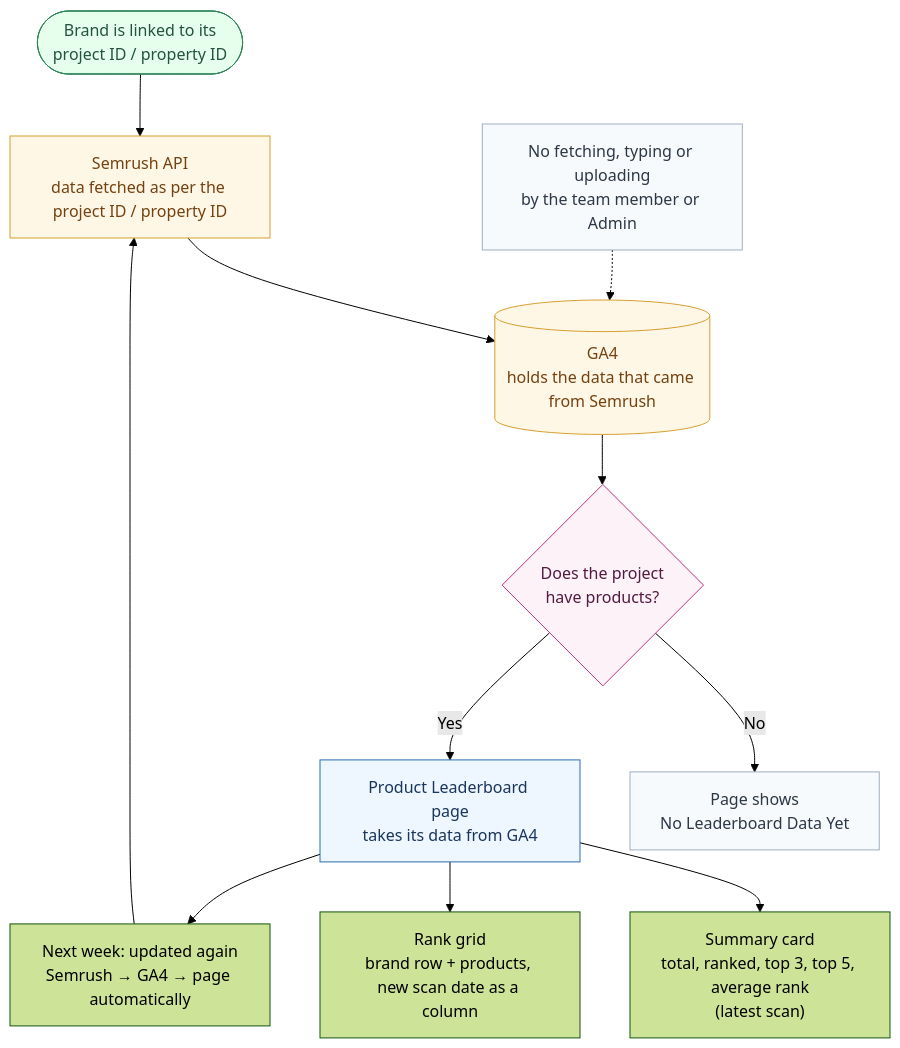
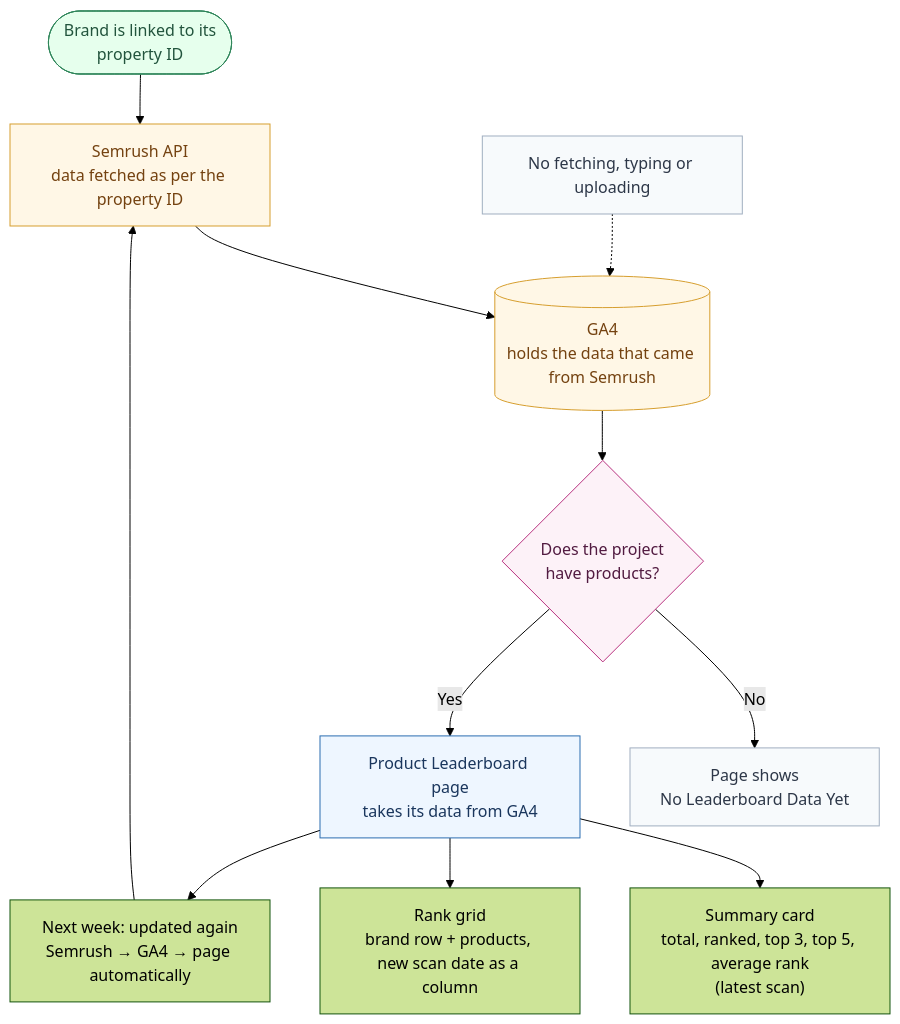
The diagram in demo/product leaderboard flow.md (RishabhRoy12/dais-documentation), drawn with Mermaid (forest theme) before and after one commit. The commit also changed other lines of this file and 4 other files, not shown here.

````diff
--- a/demo/product leaderboard flow.md
+++ b/demo/product leaderboard flow.md
@@ -29,27 +27,27 @@
 ```mermaid
 flowchart TD
-    A(["Brand is linked to its<br/>project ID / property ID"]) --> S["Semrush API<br/>data fetched as per the project ID / property ID"]
+    A(["Brand is linked to its<br/>property ID"]) --> S["Semrush API<br/>data fetched as per the property ID"]
     S --> GA[("GA4<br/>holds the data that came from Semrush")]
     GA --> Q{"Does the project<br/>have products?"}
     Q -->|"No"| EM["Page shows<br/>No Leaderboard Data Yet"]
     Q -->|"Yes"| PG["Product Leaderboard page<br/>takes its data from GA4"]
 
     PG --> P1["Summary card<br/>total, ranked, top 3, top 5, average rank<br/>(latest scan)"]
     PG --> P2["Rank grid<br/>brand row + products, new scan date as a column"]
 
     PG --> NEXT["Next week: updated again<br/>Semrush → GA4 → page automatically"]
     NEXT --> S
 
-    N["No fetching, typing or uploading<br/>by the team member or Admin"] -.-> GA
+    N["No fetching, typing or uploading"] -.-> GA
 
     classDef ext fill:#fff7e6,stroke:#d69e2e,color:#744210
     classDef decision fill:#fdf2f8,stroke:#b83280,color:#521b41
     classDef stage fill:#eef6ff,stroke:#2b6cb0,color:#1a365d
     classDef done fill:#e6ffed,stroke:#2f855a,color:#22543d
     classDef note fill:#f7fafc,stroke:#a0aec0,color:#2d3748
     class S,GA ext
     class Q decision
     class PG stage
     class A done
     class N,EM note
 ```
````
